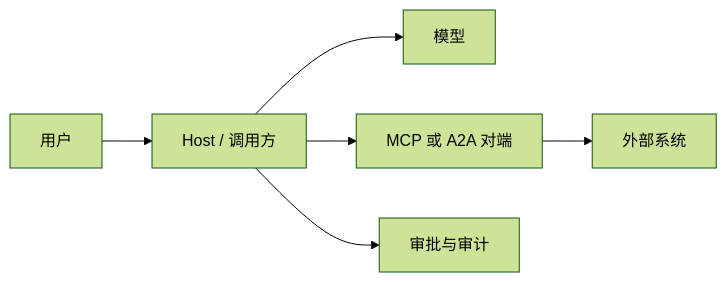
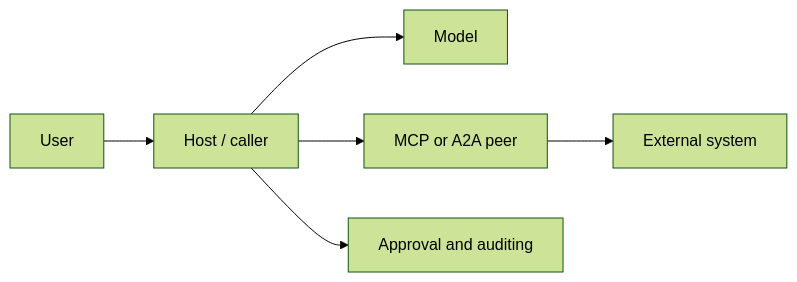
Before and after one commit to oneleaveknowsthefall/awesome-ai-roadmap: the diagram in docs/tools/02-mcp/15-tool-protocol-security.md, drawn with Mermaid (forest theme). The commit also changed other lines of this file and 42 other files, not shown here.

````diff
--- a/docs/tools/02-mcp/15-tool-protocol-security.md
+++ b/docs/tools/02-mcp/15-tool-protocol-security.md
@@ -11,8 +11,8 @@
 ```mermaid
 flowchart LR
-    U[用户] --> H[Host / 调用方]
-    H --> M[模型]
-    H --> P[MCP 或 A2A 对端]
-    P --> X[外部系统]
-    H --> A[审批与审计]
+    U[User] --> H[Host / caller]
+    H --> M[Model]
+    H --> P[MCP or A2A peer]
+    P --> X[External system]
+    H --> A[Approval and auditing]
 ```
````
